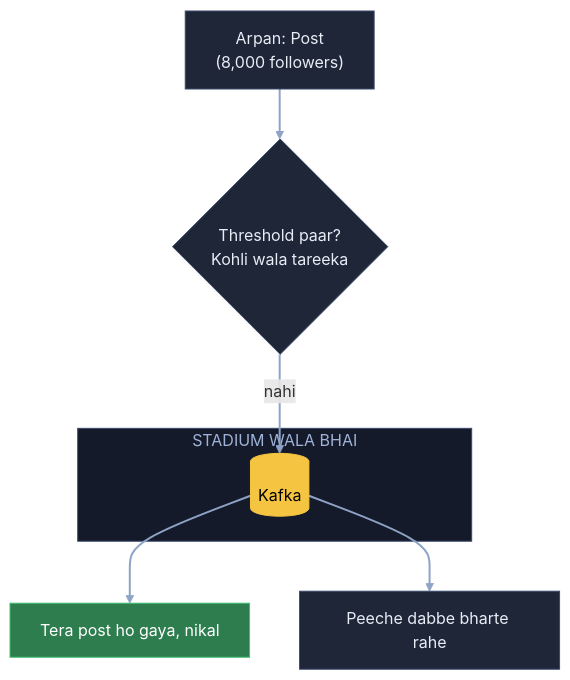
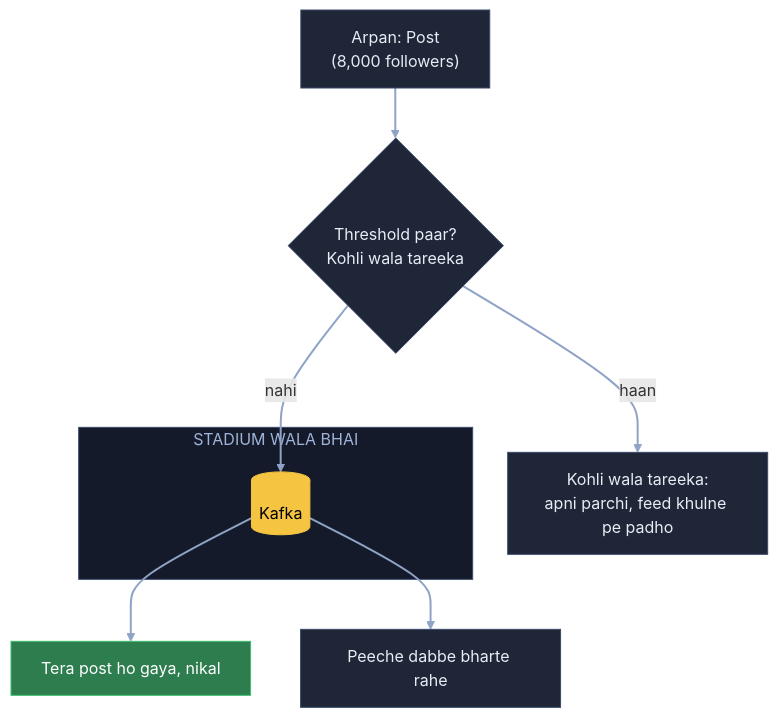
One commit to ArpanMaheshwari144/Prep changed the fourth of 18 diagrams in 04_HLD/SYSTEM_DESIGNS/03_twitter_feed/03_twitter_feed.md. Above: the diagram before and after it, drawn with Mermaid. The commit also changed other lines of this file and 3 other files, not shown here.

Commit message:
HLD audit 01-05: Twitter kadam 2/4 diagram teer, Notification aakhri diagram (Notification Service + OTP login/payment se), Stock kadam 9 NSE bheed wali line

````diff
--- a/04_HLD/SYSTEM_DESIGNS/03_twitter_feed/03_twitter_feed.md
+++ b/04_HLD/SYSTEM_DESIGNS/03_twitter_feed/03_twitter_feed.md
@@ -134,20 +135,22 @@
 ```mermaid
 flowchart TB
     A["Arpan: Post<br/>(8,000 followers)"]:::card
     T{"Threshold paar?<br/>Kohli wala tareeka"}:::card
     subgraph SB["STADIUM WALA BHAI"]
         K[("Kafka")]:::pill
     end
     OK["Tera post ho gaya, nikal"]:::good
     W["Peeche dabbe bharte rahe"]:::card
+    C["Kohli wala tareeka:<br/>apni parchi, feed khulne pe padho"]:::card
     A --> T
     T -- "nahi" --> K
+    T -- "haan" --> C
     K --> OK
     K --> W
     linkStyle default stroke:#8fa3c7,stroke-width:2px
     classDef card fill:#1e2638,stroke:#3a4a6b,color:#e8ecf5
     classDef pill fill:#f5c542,stroke:#f5c542,color:#000
     classDef good fill:#2e7d4f,stroke:#3fbf6f,color:#fff
     classDef bad fill:#5c1f24,stroke:#e05561,color:#fff
     style SB fill:#141a29,stroke:#3a4a6b,color:#9fb3d9
 ```
````
